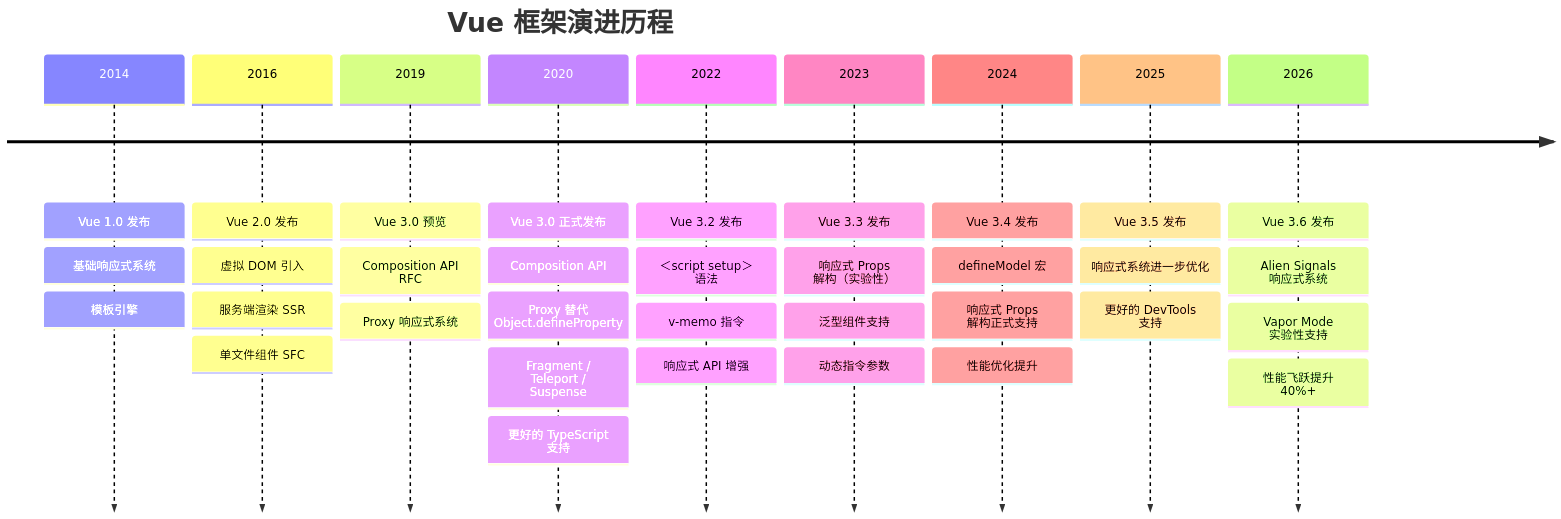
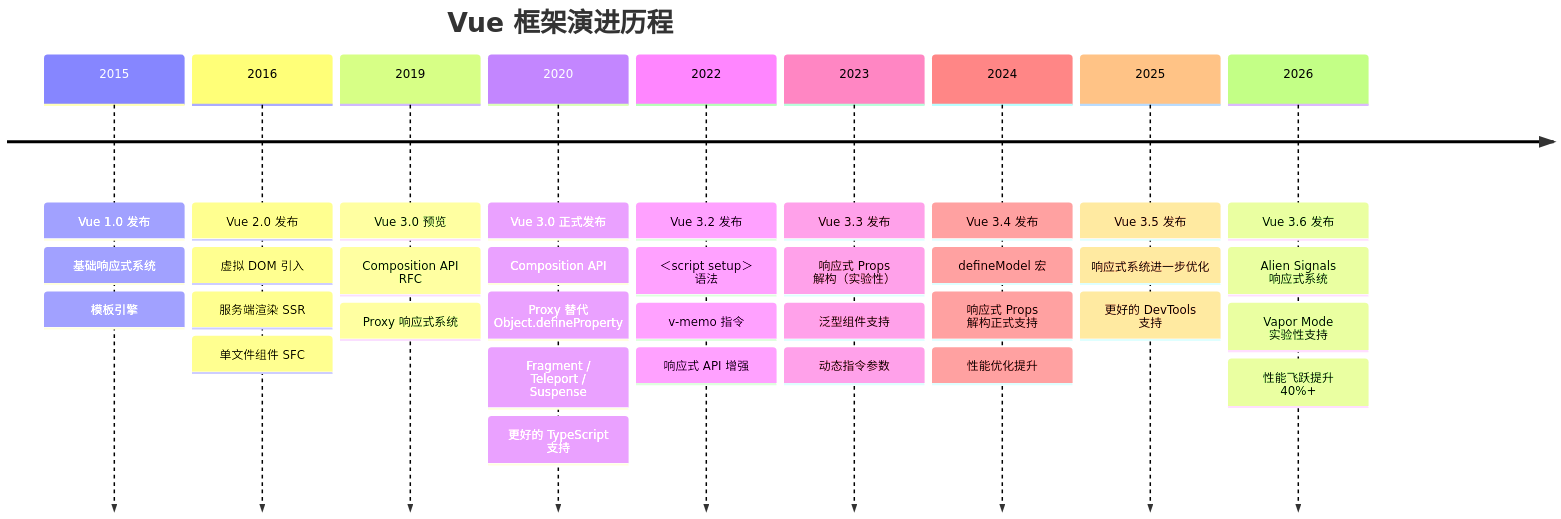
One commit to KMaybe01/common changed diagram 39 of 46 in S2-框架深入/02-Vue3.md. Above: the diagram before and after it, drawn with Mermaid. The commit also changed other lines of this file and 18 other files, not shown here.

````diff
--- a/S2-框架深入/02-Vue3.md
+++ b/S2-框架深入/02-Vue3.md
@@ -2694,38 +2694,38 @@
 ```mermaid
 timeline
     title Vue 框架演进历程
-    2014 : Vue 1.0 发布
+    2015 : Vue 1.0 发布
          : 基础响应式系统
          : 模板引擎
     2016 : Vue 2.0 发布
          : 虚拟 DOM 引入
          : 服务端渲染 SSR
          : 单文件组件 SFC
     2019 : Vue 3.0 预览
          : Composition API RFC
          : Proxy 响应式系统
     2020 : Vue 3.0 正式发布
          : Composition API
          : Proxy 替代 Object.defineProperty
          : Fragment / Teleport / Suspense
          : 更好的 TypeScript 支持
     2022 : Vue 3.2 发布
          : ＜script setup＞ 语法
          : v-memo 指令
          : 响应式 API 增强
     2023 : Vue 3.3 发布
          : 响应式 Props 解构（实验性）
          : 泛型组件支持
          : 动态指令参数
     2024 : Vue 3.4 发布
          : defineModel 宏
          : 响应式 Props 解构正式支持
          : 性能优化提升
     2025 : Vue 3.5 发布
          : 响应式系统进一步优化
          : 更好的 DevTools 支持
     2026 : Vue 3.6 发布
          : Alien Signals 响应式系统
          : Vapor Mode 实验性支持
          : 性能飞跃提升 40%+
 ```
````
